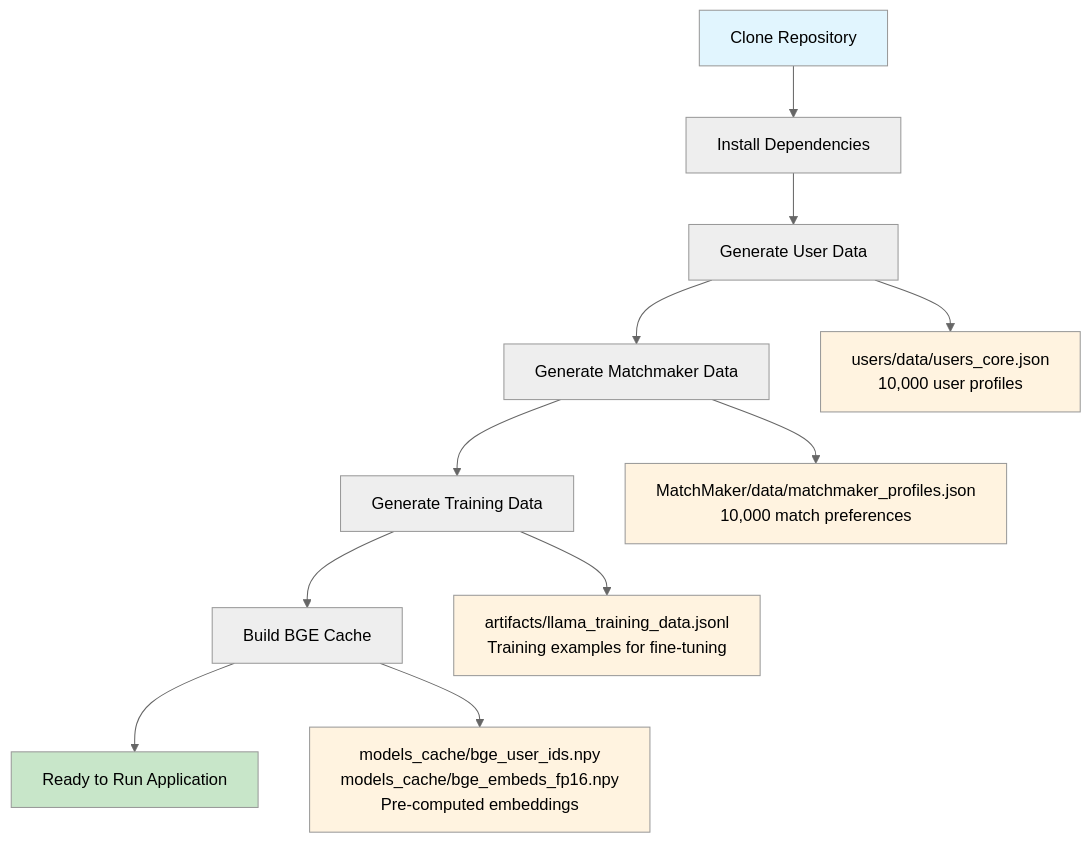
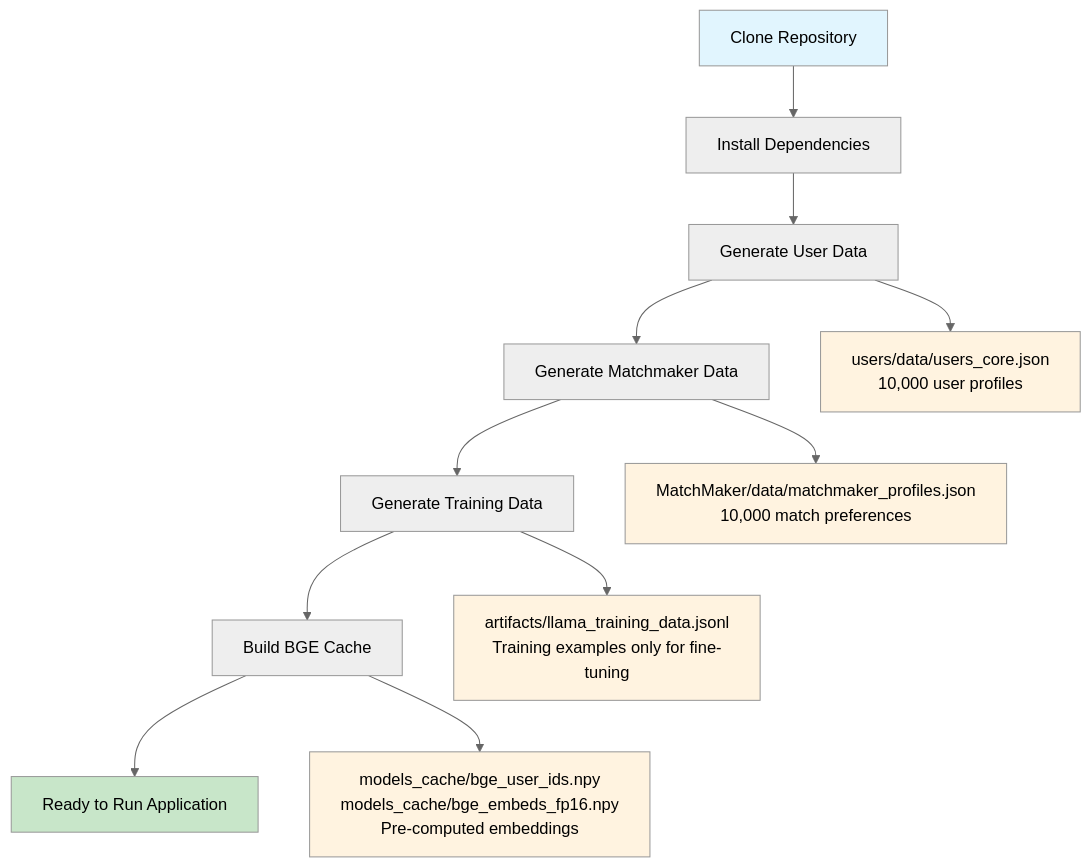
Before and after one commit to rovermitra/AITeam: the first of 2 diagrams in README.md, drawn with Mermaid (neutral theme).

Commit message:
README file updated

````diff
--- a/README.md
+++ b/README.md
@@ -55,21 +55,21 @@
 ```mermaid
 graph TD
     A[Clone Repository] --> B[Install Dependencies]
     B --> C[Generate User Data]
     C --> D[Generate Matchmaker Data]
     D --> E[Generate Training Data]
     E --> F[Build BGE Cache]
     F --> G[Ready to Run Application]
     
     C --> C1[users/data/users_core.json<br/>10,000 user profiles]
     D --> D1[MatchMaker/data/matchmaker_profiles.json<br/>10,000 match preferences]
-    E --> E1[artifacts/llama_training_data.jsonl<br/>Training examples for fine-tuning]
+    E --> E1[artifacts/llama_training_data.jsonl<br/>Training examples only for fine-tuning]
     F --> F1[models_cache/bge_user_ids.npy<br/>models_cache/bge_embeds_fp16.npy<br/>Pre-computed embeddings]
     
     style A fill:#e1f5fe
     style G fill:#c8e6c9
     style C1 fill:#fff3e0
     style D1 fill:#fff3e0
     style E1 fill:#fff3e0
     style F1 fill:#fff3e0
 ```
````
